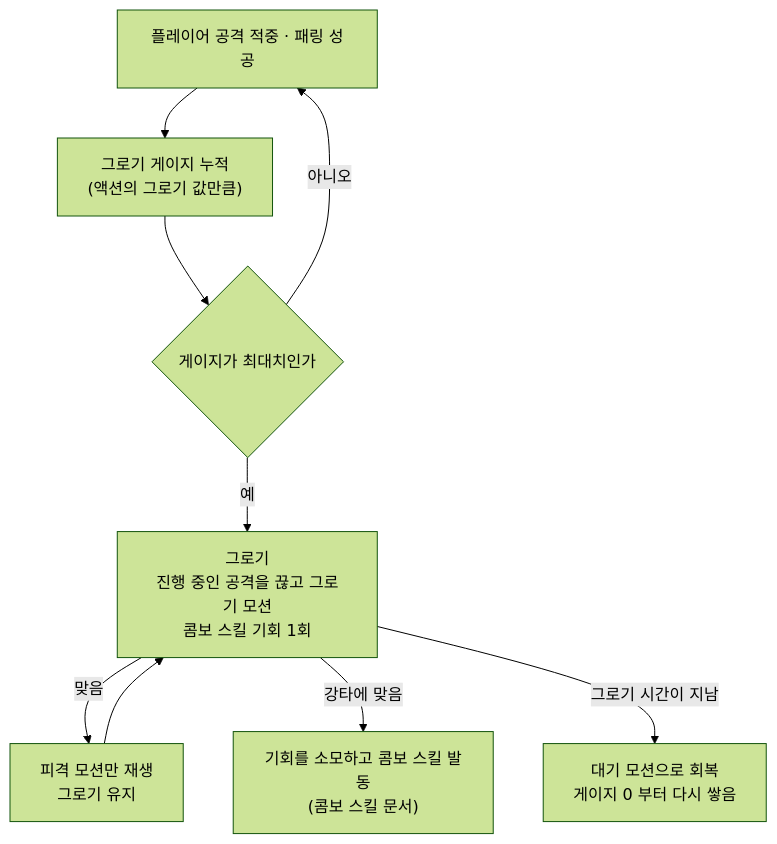
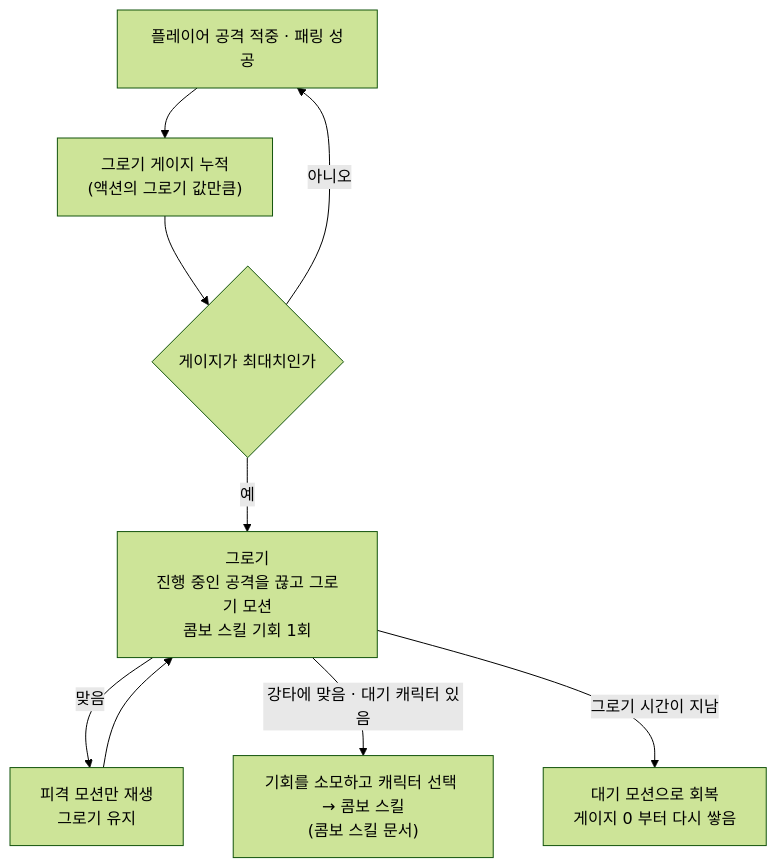
Before and after one commit to SquashPrince/Develrocket_mp15_HHH: the second of 2 diagrams in Docs/Technical/Enemy/EnemyCommon.md, drawn with Mermaid (forest theme). The commit also changed other lines of this file and 4 other files, not shown here.

````diff
--- a/Docs/Technical/Enemy/EnemyCommon.md
+++ b/Docs/Technical/Enemy/EnemyCommon.md
@@ -48,11 +48,11 @@
 ```mermaid
 flowchart TD
     A["플레이어 공격 적중 · 패링 성공"] --> P["그로기 게이지 누적<br>(액션의 그로기 값만큼)"]
     P --> F{"게이지가 최대치인가"}
     F -->|"아니오"| A
     F -->|"예"| G["그로기<br>진행 중인 공격을 끊고 그로기 모션<br>콤보 스킬 기회 1회"]
     G -->|"맞음"| GH["피격 모션만 재생<br>그로기 유지"]
     GH --> G
-    G -->|"강타에 맞음"| C["기회를 소모하고 콤보 스킬 발동<br>(콤보 스킬 문서)"]
+    G -->|"강타에 맞음 · 대기 캐릭터 있음"| C["기회를 소모하고 캐릭터 선택 → 콤보 스킬<br>(콤보 스킬 문서)"]
     G -->|"그로기 시간이 지남"| R["대기 모션으로 회복<br>게이지 0 부터 다시 쌓음"]
 ```
````
